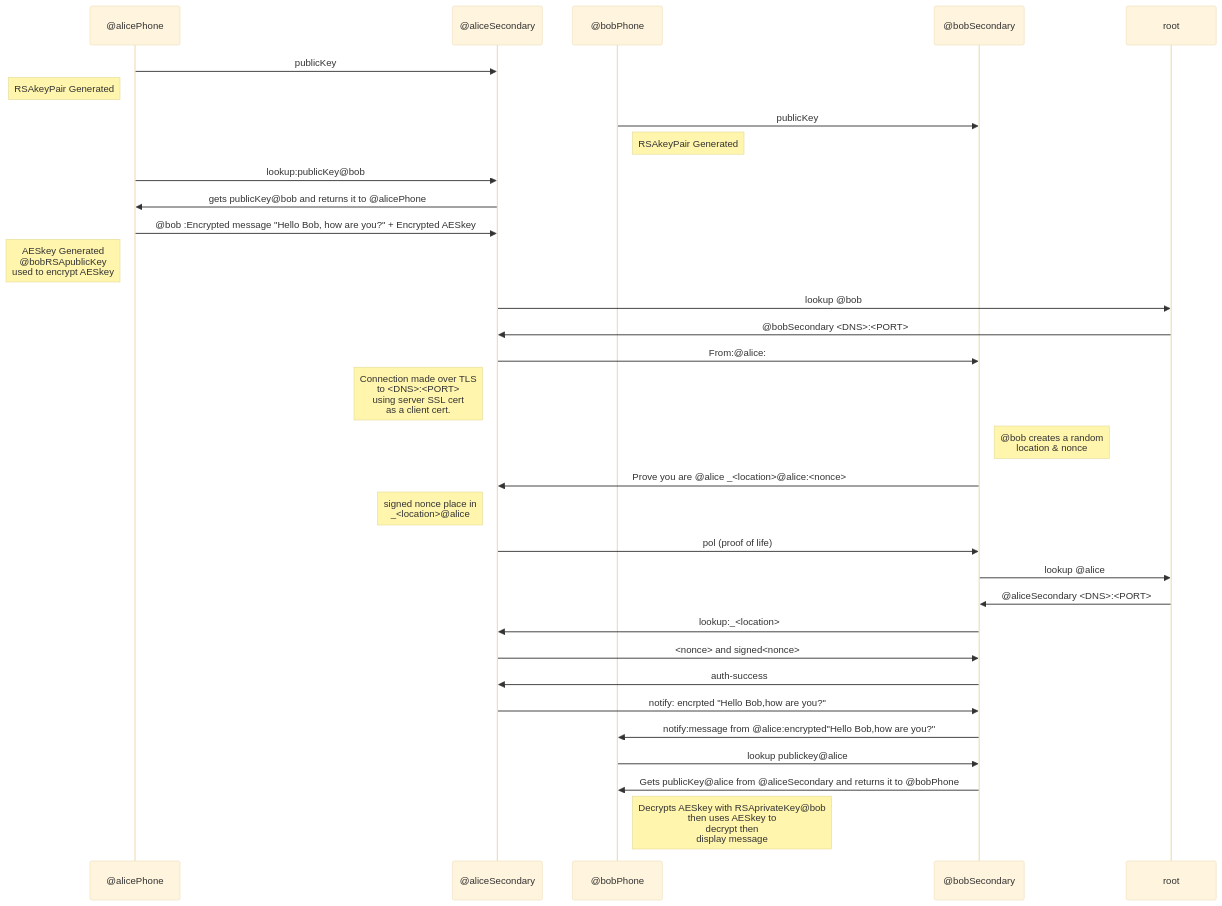
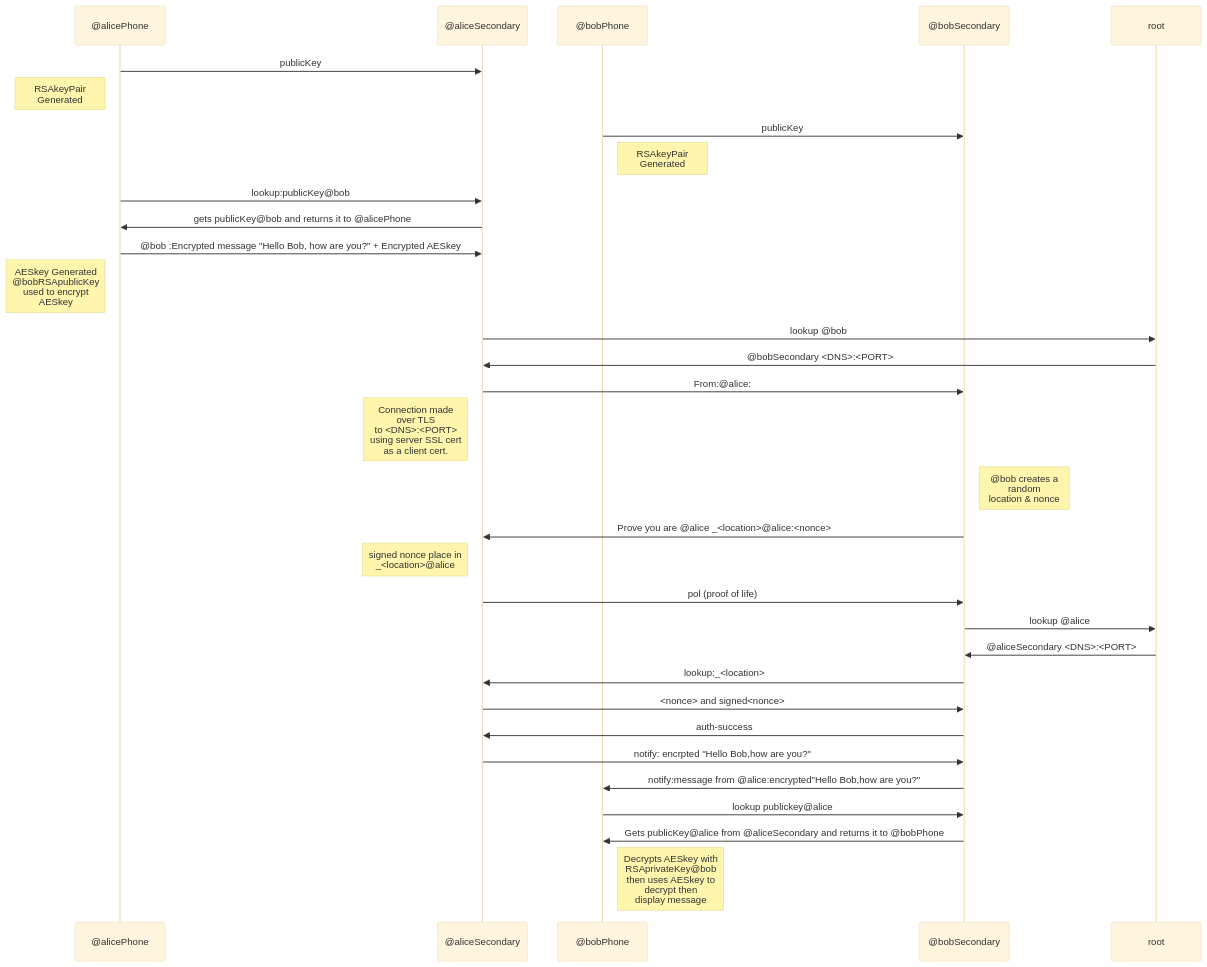
One commit to cpswan/cconstab changed the diagram in README.md. Above: the diagram before and after it, drawn with Mermaid (base theme).

````diff
--- a/README.md
+++ b/README.md
@@ -13,29 +13,29 @@
 ```mermaid
 sequenceDiagram
 @alicePhone ->> @aliceSecondary: publicKey
-Note left of @alicePhone: RSAkeyPair Generated
+Note left of @alicePhone: RSAkeyPair<br/>Generated
 @bobPhone ->> @bobSecondary: publicKey
-Note right of @bobPhone: RSAkeyPair Generated
+Note right of @bobPhone: RSAkeyPair<br/>Generated
 @alicePhone ->> @aliceSecondary: lookup:publicKey@bob
 @aliceSecondary ->> @alicePhone: gets publicKey@bob and returns it to @alicePhone
 @alicePhone ->> @aliceSecondary: @bob :Encrypted message "Hello Bob, how are you?" + Encrypted AESkey;
-Note left of @alicePhone: AESkey Generated <br/> @bobRSApublicKey<br/>used to encrypt AESkey
+Note left of @alicePhone: AESkey Generated <br/> @bobRSApublicKey<br/>used to encrypt<br/>AESkey
 @aliceSecondary ->> root: lookup @bob
 root ->> @aliceSecondary: @bobSecondary <DNS>:<PORT>
 @aliceSecondary ->> @bobSecondary : From:@alice:
-Note left of @aliceSecondary: Connection made over TLS<br/>to <DNS>:<PORT><br/>using server SSL cert<br/>as a client cert.
-Note right of @bobSecondary: @bob creates a random<br/> location & nonce
+Note left of @aliceSecondary: Connection made<br/>over TLS<br/>to <DNS>:<PORT><br/>using server SSL cert<br/>as a client cert.
+Note right of @bobSecondary: @bob creates a<br/>random<br/>location & nonce
 @bobSecondary ->> @aliceSecondary: Prove you are @alice _<location>@alice:<nonce>
 Note left of @aliceSecondary: signed nonce place in <br/>_<location>@alice
 @aliceSecondary ->> @bobSecondary: pol (proof of life)
 @bobSecondary ->> root: lookup @alice
 root ->> @bobSecondary : @aliceSecondary <DNS>:<PORT>
 @bobSecondary ->> @aliceSecondary: lookup:_<location>
 @aliceSecondary ->> @bobSecondary: <nonce> and signed<nonce>
 @bobSecondary ->> @aliceSecondary: auth-success
 @aliceSecondary ->> @bobSecondary: notify: encrpted "Hello Bob,how are you?"
 @bobSecondary ->> @bobPhone: notify:message from @alice:encrypted"Hello Bob,how are you?"
 @bobPhone ->> @bobSecondary : lookup publickey@alice
 @bobSecondary ->> @bobPhone: Gets publicKey@alice from @aliceSecondary and returns it to @bobPhone
-Note right of @bobPhone: Decrypts AESkey with RSAprivateKey@bob<br/> then uses AESkey to <br/>decrypt then <br/>display message 
+Note right of @bobPhone: Decrypts AESkey with<br/>RSAprivateKey@bob<br/> then uses AESkey to <br/>decrypt then <br/>display message 
 ```
````
